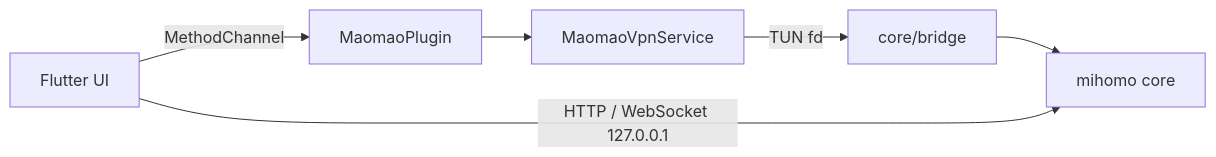
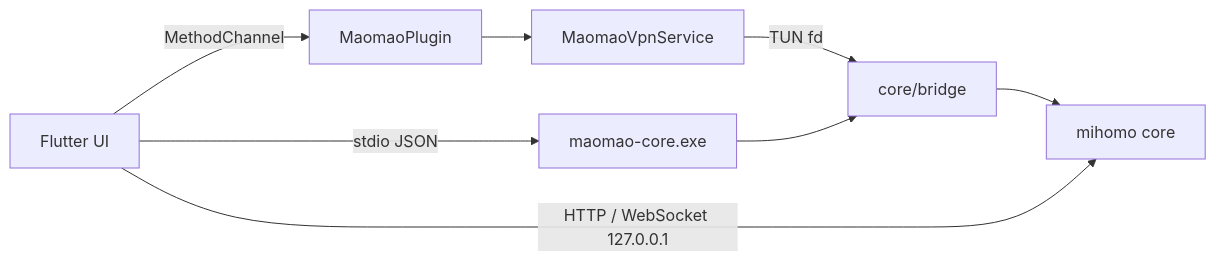
One commit to lijilong225/maomao changed the diagram in README.md. Above: the diagram before and after it, drawn with Mermaid. The commit also changed other lines of this file, not shown here.

````diff
--- a/README.md
+++ b/README.md
@@ -23,8 +25,10 @@
 ```mermaid
 graph LR
   UI[Flutter UI] -->|MethodChannel| Plugin[MaomaoPlugin]
   Plugin --> VPN[MaomaoVpnService]
   VPN -->|TUN fd| Bridge[core/bridge]
+  UI -->|stdio JSON| Sidecar[maomao-core.exe]
+  Sidecar --> Bridge
   Bridge --> Mihomo[mihomo core]
   UI -->|HTTP / WebSocket 127.0.0.1| Mihomo
 ```
````
